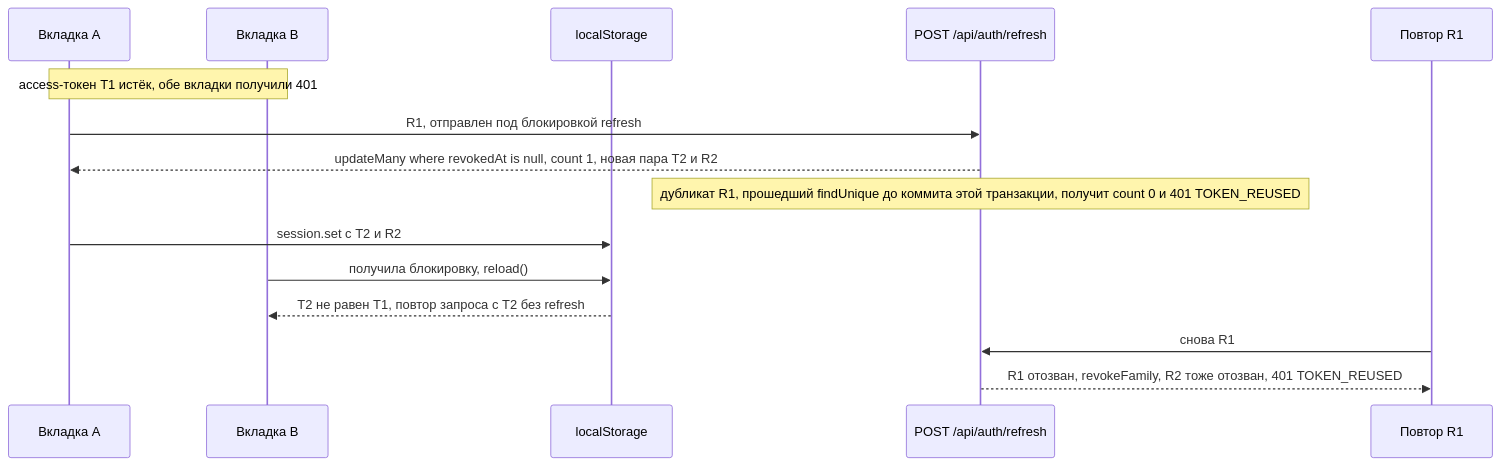
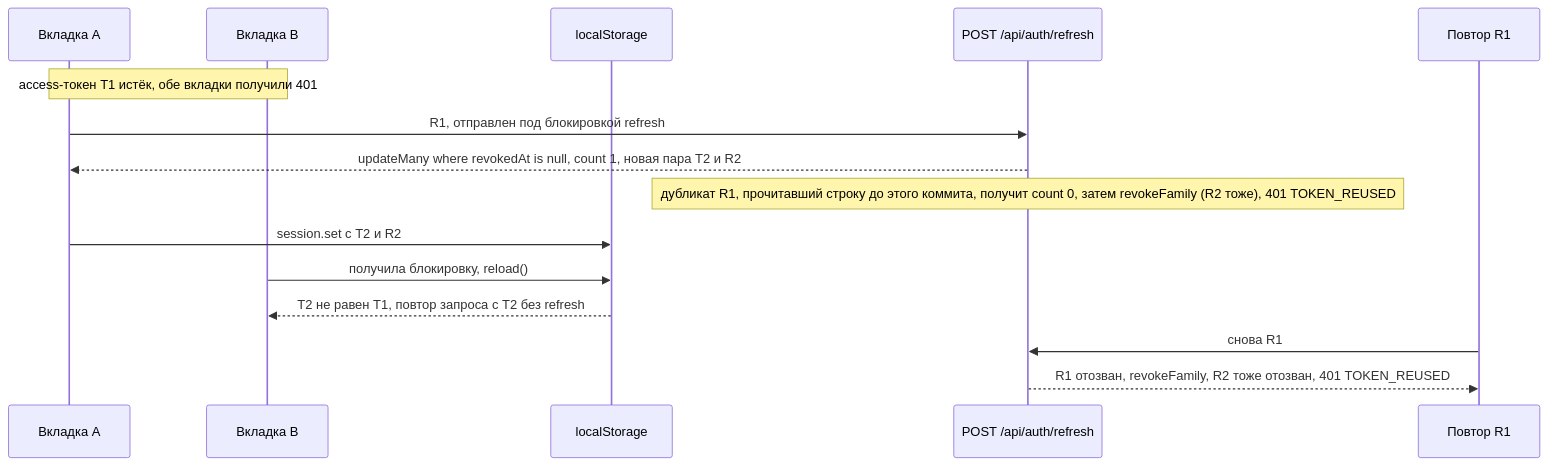
One commit to sinnercode228/flowdesk-crm changed the diagram in README.ru.md. Above: the diagram before and after it, drawn with Mermaid. The commit also changed other lines of this file and 1 other file, not shown here.

````diff
--- a/README.ru.md
+++ b/README.ru.md
@@ -15,17 +15,17 @@
 ```mermaid
 sequenceDiagram
     participant A as Вкладка A
     participant B as Вкладка B
     participant S as localStorage
     participant API as POST /api/auth/refresh
     participant X as Повтор R1
     Note over A,B: access-токен T1 истёк, обе вкладки получили 401
     A->>API: R1, отправлен под блокировкой refresh
     API-->>A: updateMany where revokedAt is null, count 1, новая пара T2 и R2
-    Note over API: дубликат R1, прошедший findUnique до коммита этой транзакции, получит count 0 и 401 TOKEN_REUSED
+    Note over API: дубликат R1, прочитавший строку до этого коммита, получит count 0, затем revokeFamily (R2 тоже), 401 TOKEN_REUSED
     A->>S: session.set с T2 и R2
     B->>S: получила блокировку, reload()
     S-->>B: T2 не равен T1, повтор запроса с T2 без refresh
     X->>API: снова R1
     API-->>X: R1 отозван, revokeFamily, R2 тоже отозван, 401 TOKEN_REUSED
 ```
````
